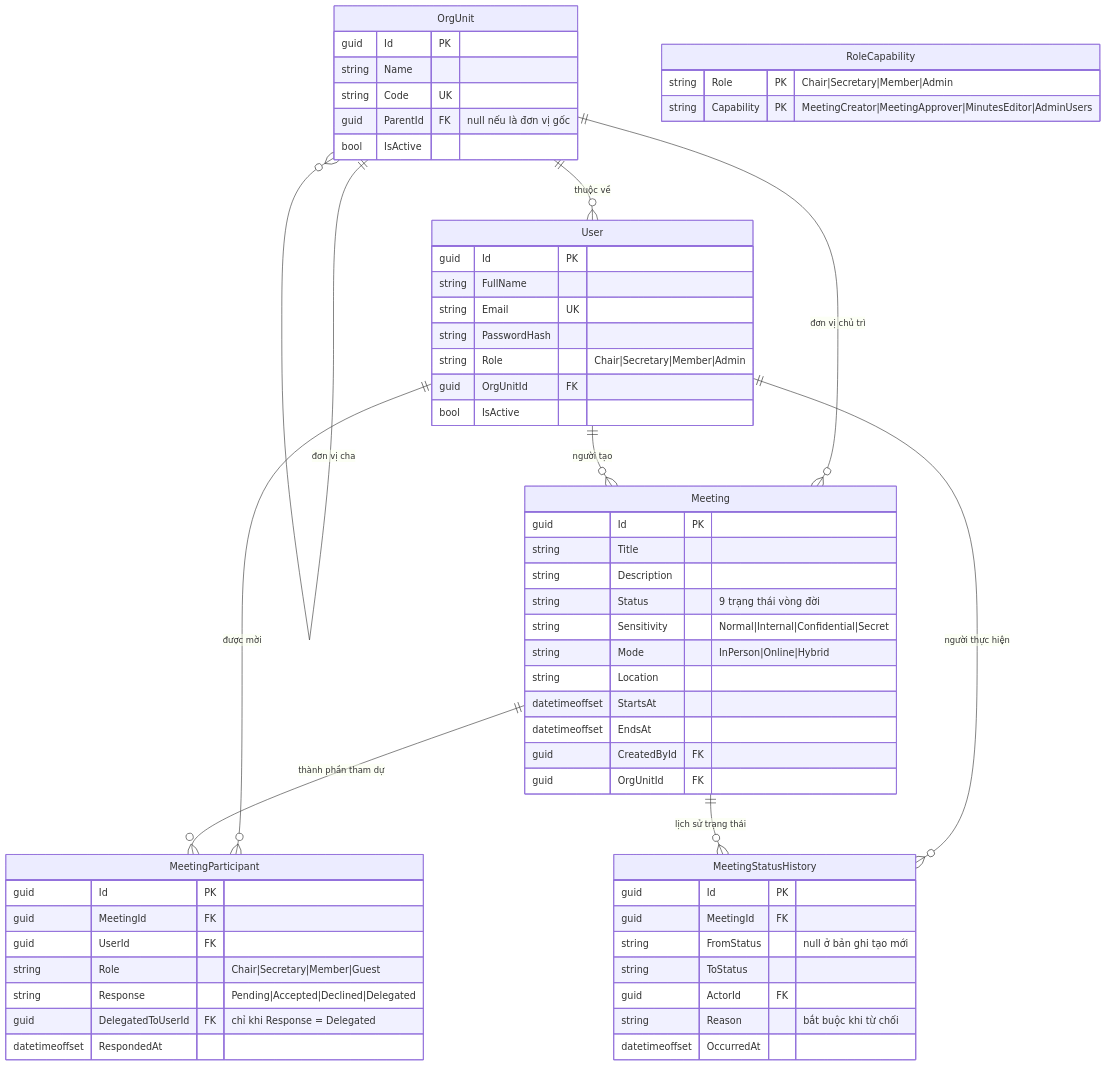
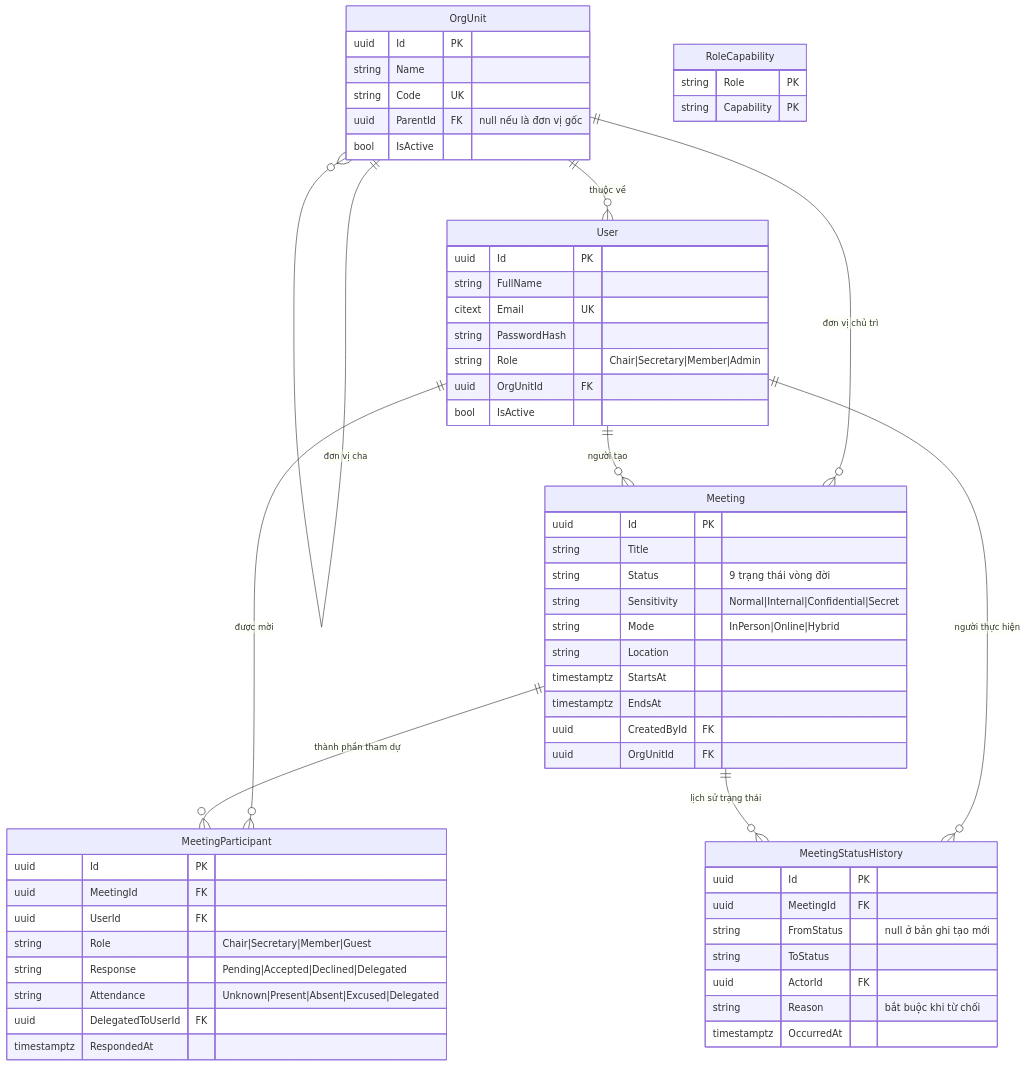
The first of 5 diagrams in docs/02-design/02-erd.md (callmehai/FU-FA26-G116), drawn with Mermaid before and after one commit. The commit also changed other lines of this file and 57 other files, not shown here.

````diff
--- a/docs/02-design/02-erd.md
+++ b/docs/02-design/02-erd.md
@@ -14,68 +37,63 @@
 ```mermaid
 erDiagram
     OrgUnit ||--o{ OrgUnit : "đơn vị cha"
     OrgUnit ||--o{ User : "thuộc về"
     OrgUnit ||--o{ Meeting : "đơn vị chủ trì"
     User ||--o{ Meeting : "người tạo"
     User ||--o{ MeetingParticipant : "được mời"
     User ||--o{ MeetingStatusHistory : "người thực hiện"
     Meeting ||--o{ MeetingParticipant : "thành phần tham dự"
     Meeting ||--o{ MeetingStatusHistory : "lịch sử trạng thái"
 
     OrgUnit {
-        guid Id PK
+        uuid Id PK
         string Name
         string Code UK
-        guid ParentId FK "null nếu là đơn vị gốc"
+        uuid ParentId FK "null nếu là đơn vị gốc"
         bool IsActive
     }
-
     User {
-        guid Id PK
+        uuid Id PK
         string FullName
-        string Email UK
+        citext Email UK
         string PasswordHash
         string Role "Chair|Secretary|Member|Admin"
-        guid OrgUnitId FK
+        uuid OrgUnitId FK
         bool IsActive
     }
-
     RoleCapability {
-        string Role PK "Chair|Secretary|Member|Admin"
-        string Capability PK "MeetingCreator|MeetingApprover|MinutesEditor|AdminUsers"
+        string Role PK
+        string Capability PK
     }
-
     Meeting {
-        guid Id PK
+        uuid Id PK
         string Title
-        string Description
         string Status "9 trạng thái vòng đời"
         string Sensitivity "Normal|Internal|Confidential|Secret"
         string Mode "InPerson|Online|Hybrid"
         string Location
-        datetimeoffset StartsAt
-        datetimeoffset EndsAt
-        guid CreatedById FK
-        guid OrgUnitId FK
+        timestamptz StartsAt
+        timestamptz EndsAt
+        uuid CreatedById FK
+        uuid OrgUnitId FK
     }
-
     MeetingParticipant {
-        guid Id PK
-        guid MeetingId FK
-        guid UserId FK
+        uuid Id PK
+        uuid MeetingId FK
+        uuid UserId FK
         string Role "Chair|Secretary|Member|Guest"
         string Response "Pending|Accepted|Declined|Delegated"
-        guid DelegatedToUserId FK "chỉ khi Response = Delegated"
-        datetimeoffset RespondedAt
+        string Attendance "Unknown|Present|Absent|Excused|Delegated"
+        uuid DelegatedToUserId FK
+        timestamptz RespondedAt
     }
-
     MeetingStatusHistory {
-        guid Id PK
-        guid MeetingId FK
+        uuid Id PK
+        uuid MeetingId FK
         string FromStatus "null ở bản ghi tạo mới"
         string ToStatus
-        guid ActorId FK
+        uuid ActorId FK
         string Reason "bắt buộc khi từ chối"
-        datetimeoffset OccurredAt
+        timestamptz OccurredAt
     }
 ```
````
